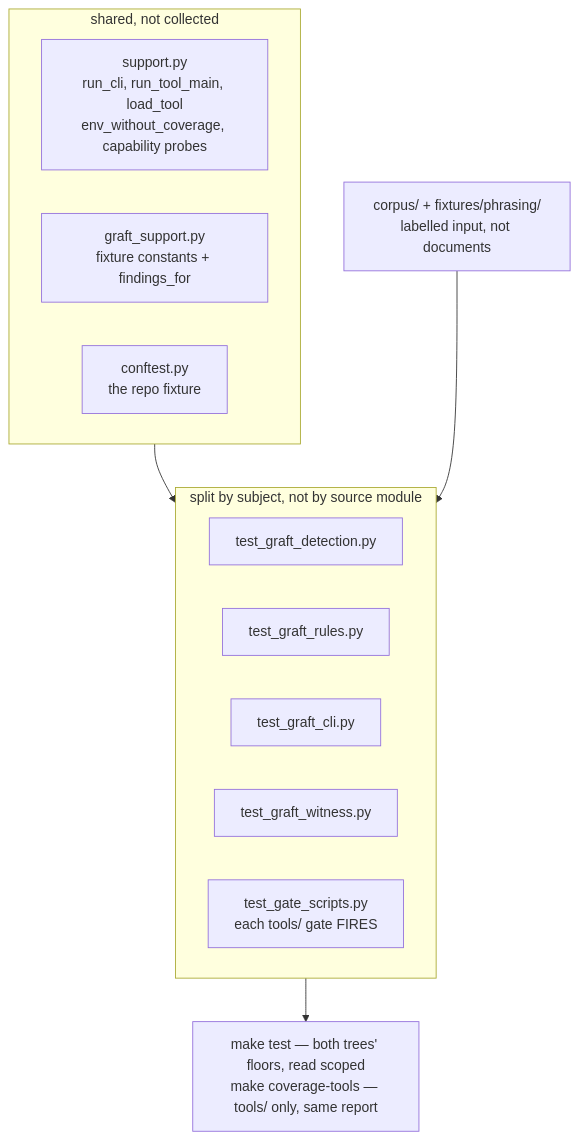
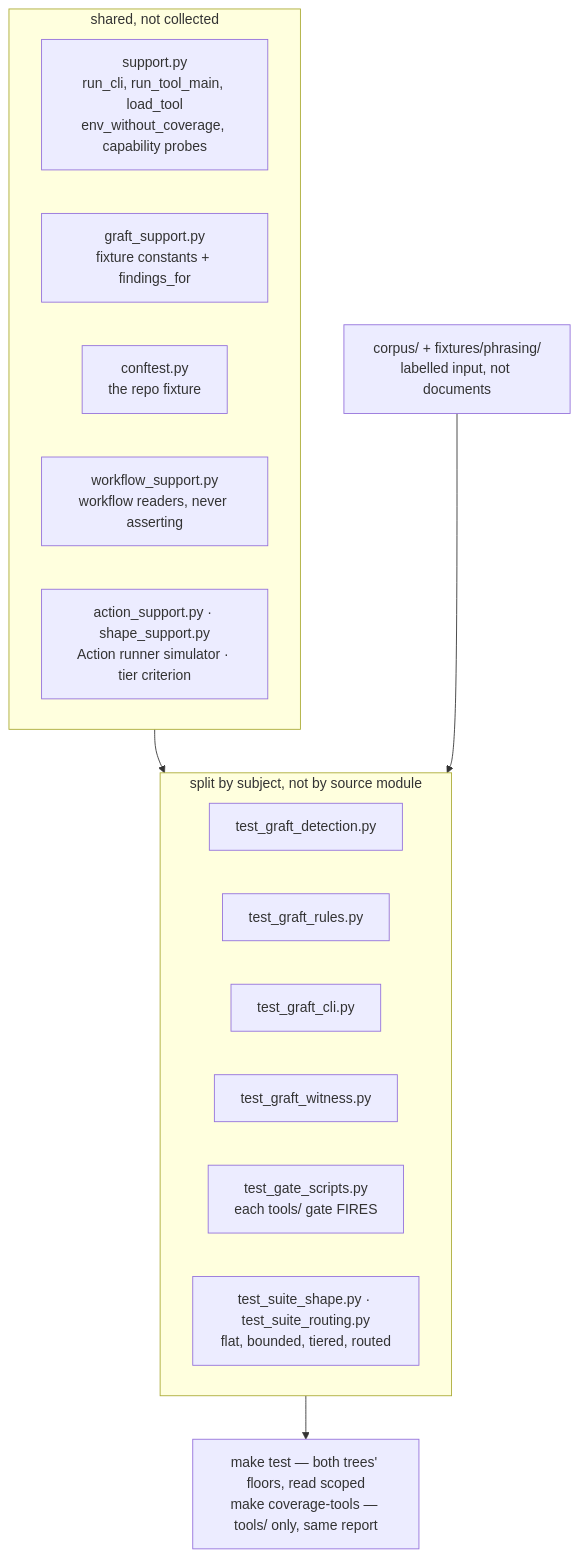
One commit to ianshank/planlint changed the diagram in tests/AGENTS.md. Above: the diagram before and after it, drawn with Mermaid. The commit also changed other lines of this file and 80 other files, not shown here.

Commit message:
M2 — shape the test suite: split by concern, tier markers, support routing, in-process loops (plan W7.4, W7.6) (#42)

````diff
--- a/tests/AGENTS.md
+++ b/tests/AGENTS.md
@@ -8,18 +8,21 @@
 ```mermaid
 flowchart TD
     subgraph shared["shared, not collected"]
         sup["support.py<br/>run_cli, run_tool_main, load_tool<br/>env_without_coverage, capability probes"]
         gs["graft_support.py<br/>fixture constants + findings_for"]
         cf["conftest.py<br/>the repo fixture"]
+        ws["workflow_support.py<br/>workflow readers, never asserting"]
+        xs["action_support.py · shape_support.py<br/>Action runner simulator · tier criterion"]
     end
     subgraph subject["split by subject, not by source module"]
         d["test_graft_detection.py"]
         r["test_graft_rules.py"]
         c["test_graft_cli.py"]
         w["test_graft_witness.py"]
         g["test_gate_scripts.py<br/>each tools/ gate FIRES"]
+        s["test_suite_shape.py · test_suite_routing.py<br/>flat, bounded, tiered, routed"]
     end
     shared --> subject
     subject --> floors["make test — both trees' floors, read scoped<br/>make coverage-tools — tools/ only, same report"]
     corpus["corpus/ + fixtures/phrasing/<br/>labelled input, not documents"] --> subject
 ```
````
